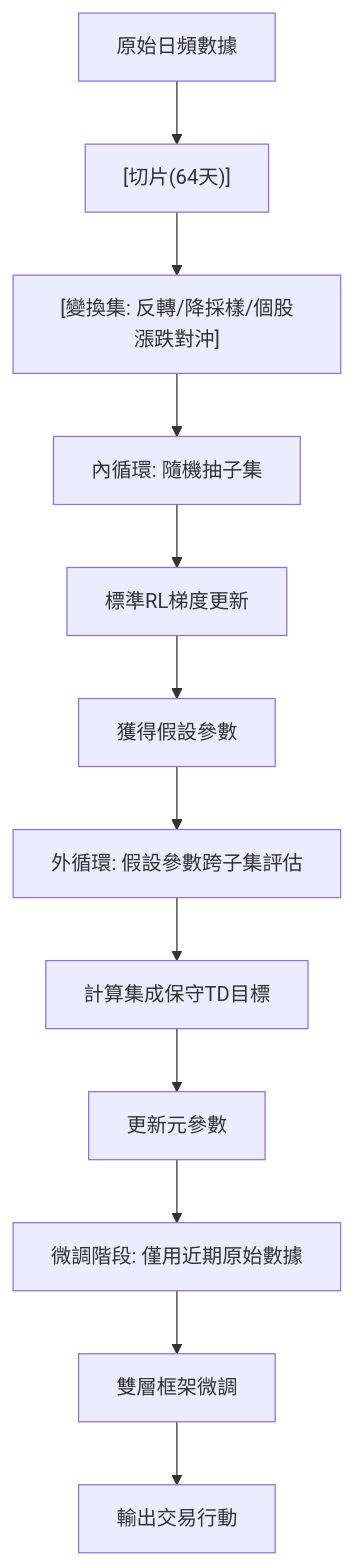
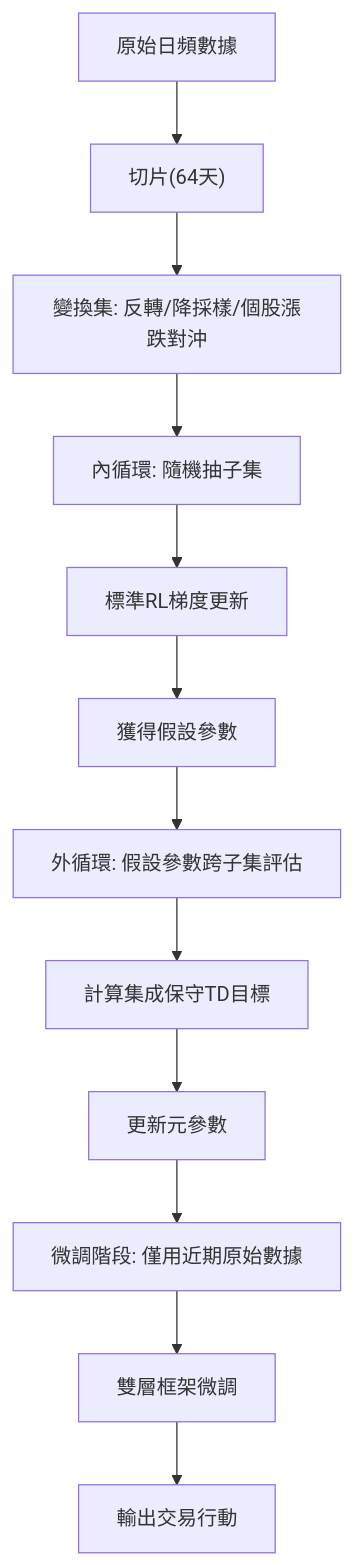
Before and after one commit to sou350121/Trading-Handbook: the diagram in foundations/reinforcement-learning/metatrader.md, drawn with Mermaid. The commit also changed other lines of this file and 191 other files, not shown here.

First line of the commit message:
render: fix math + mermaid for GitHub across the corpus (188 pages)

````diff
--- a/foundations/reinforcement-learning/metatrader.md
+++ b/foundations/reinforcement-learning/metatrader.md
@@ -32,14 +32,14 @@
 ```mermaid
 flowchart TD
-    N1["原始日頻數據"] --> N2["[切片(64天)]"]
-    N2 --> N3["[變換集: 反轉/降採樣/個股漲跌對沖]"]
+    N1["原始日頻數據"] --> N2["切片(64天)"]
+    N2 --> N3["變換集: 反轉/降採樣/個股漲跌對沖"]
     N3 --> N4["內循環: 隨機抽子集"]
     N4 --> N5["標準RL梯度更新"]
     N5 --> N6["獲得假設參數"]
     N6 --> N7["外循環: 假設參數跨子集評估"]
     N7 --> N8["計算集成保守TD目標"]
     N8 --> N9["更新元參數"]
     N9 --> N10["微調階段: 僅用近期原始數據"]
     N10 --> N11["雙層框架微調"]
     N11 --> N12["輸出交易行動"]
 ```
````
